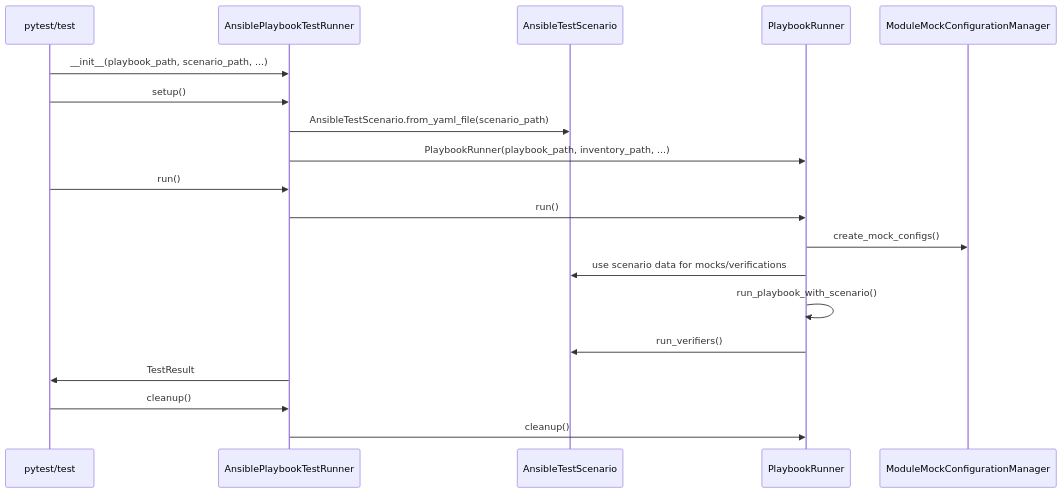
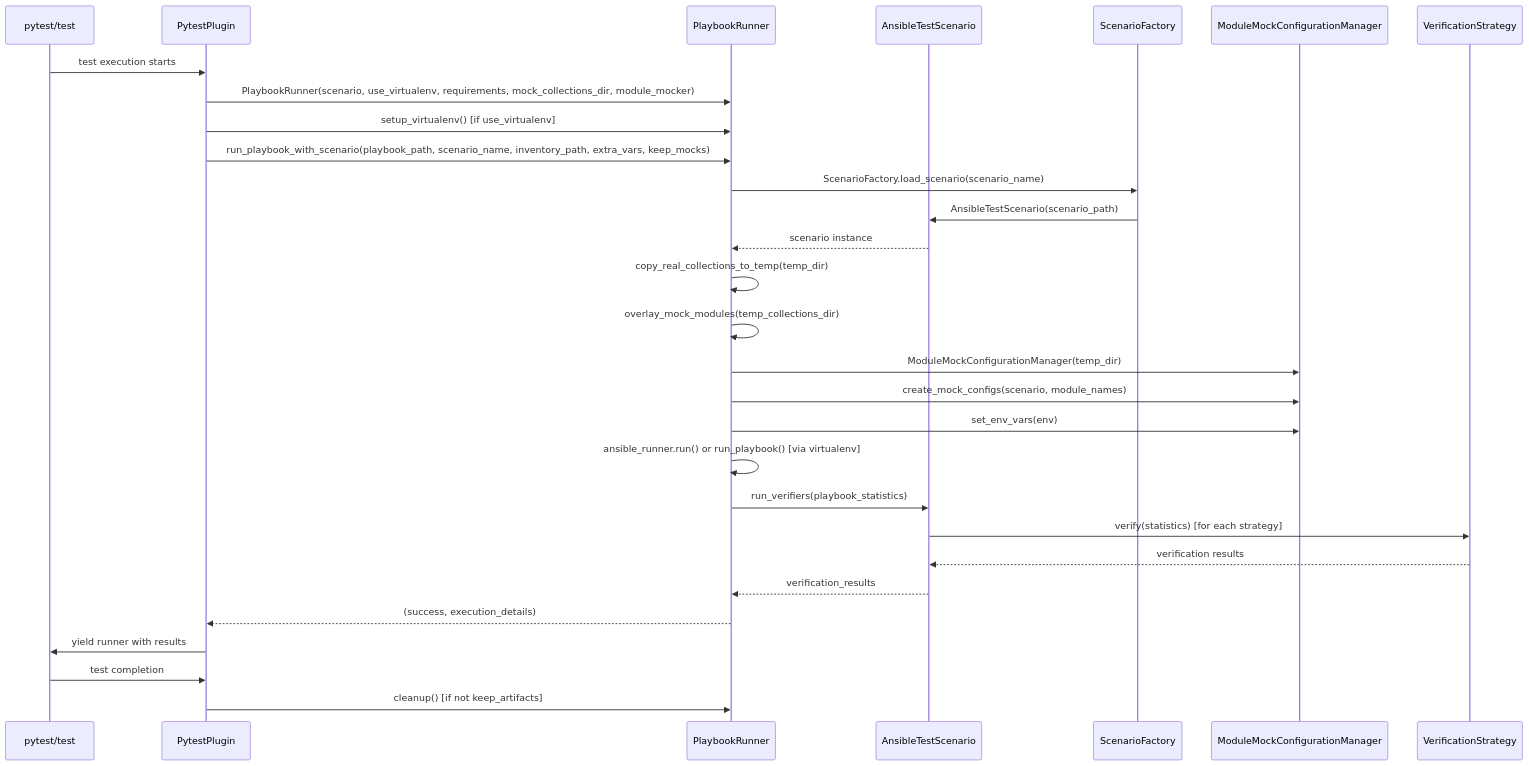
Before and after one commit to opendevstack/ansible-playtest: the second of 2 diagrams in docs/diagrams.md, drawn with Mermaid. The commit also changed other lines of this file and 2 other files, not shown here.

Commit message:
refactor: Update diagrams and verifier examples for improved clarity and structure; enhance virtual environment documentation with method details and best practices

````diff
--- a/docs/diagrams.md
+++ b/docs/diagrams.md
@@ -35,22 +65,32 @@
 ```mermaid
 sequenceDiagram
     participant Test as pytest/test
-    participant Runner as AnsiblePlaybookTestRunner
+    participant Plugin as PytestPlugin
+    participant Runner as PlaybookRunner
     participant Scenario as AnsibleTestScenario
-    participant PBRunner as PlaybookRunner
+    participant Factory as ScenarioFactory
     participant MockMgr as ModuleMockConfigurationManager
+    participant Verifiers as VerificationStrategy
 
-    Test->>Runner: __init__(playbook_path, scenario_path, ...)
-    Test->>Runner: setup()
-    Runner->>Scenario: AnsibleTestScenario.from_yaml_file(scenario_path)
-    Runner->>PBRunner: PlaybookRunner(playbook_path, inventory_path, ...)
-    Test->>Runner: run()
-    Runner->>PBRunner: run()
-    PBRunner->>MockMgr: create_mock_configs()
-    PBRunner->>Scenario: use scenario data for mocks/verifications
-    PBRunner->>PBRunner: run_playbook_with_scenario()
-    PBRunner->>Scenario: run_verifiers()
-    Runner->>Test: TestResult
-    Test->>Runner: cleanup()
-    Runner->>PBRunner: cleanup()
+    Test->>Plugin: test execution starts
+    Plugin->>Runner: PlaybookRunner(scenario, use_virtualenv, requirements, mock_collections_dir, module_mocker)
+    Plugin->>Runner: setup_virtualenv() [if use_virtualenv]
+    Plugin->>Runner: run_playbook_with_scenario(playbook_path, scenario_name, inventory_path, extra_vars, keep_mocks)
+    Runner->>Factory: ScenarioFactory.load_scenario(scenario_name)
+    Factory->>Scenario: AnsibleTestScenario(scenario_path)
+    Scenario-->>Runner: scenario instance
+    Runner->>Runner: copy_real_collections_to_temp(temp_dir)
+    Runner->>Runner: overlay_mock_modules(temp_collections_dir)
+    Runner->>MockMgr: ModuleMockConfigurationManager(temp_dir)
+    Runner->>MockMgr: create_mock_configs(scenario, module_names)
+    Runner->>MockMgr: set_env_vars(env)
+    Runner->>Runner: ansible_runner.run() or run_playbook() [via virtualenv]
+    Runner->>Scenario: run_verifiers(playbook_statistics)
+    Scenario->>Verifiers: verify(statistics) [for each strategy]
+    Verifiers-->>Scenario: verification results
+    Scenario-->>Runner: verification_results
+    Runner-->>Plugin: (success, execution_details)
+    Plugin->>Test: yield runner with results
+    Test->>Plugin: test completion
+    Plugin->>Runner: cleanup() [if not keep_artifacts]
 ```
````
